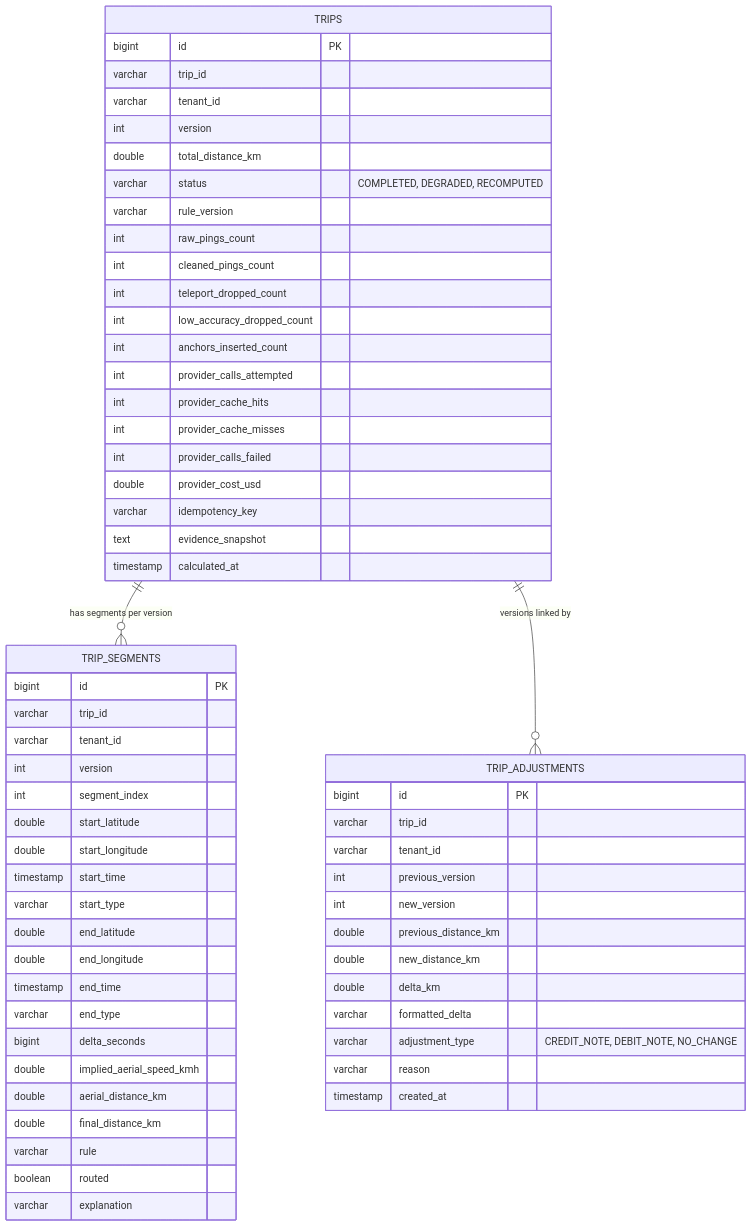
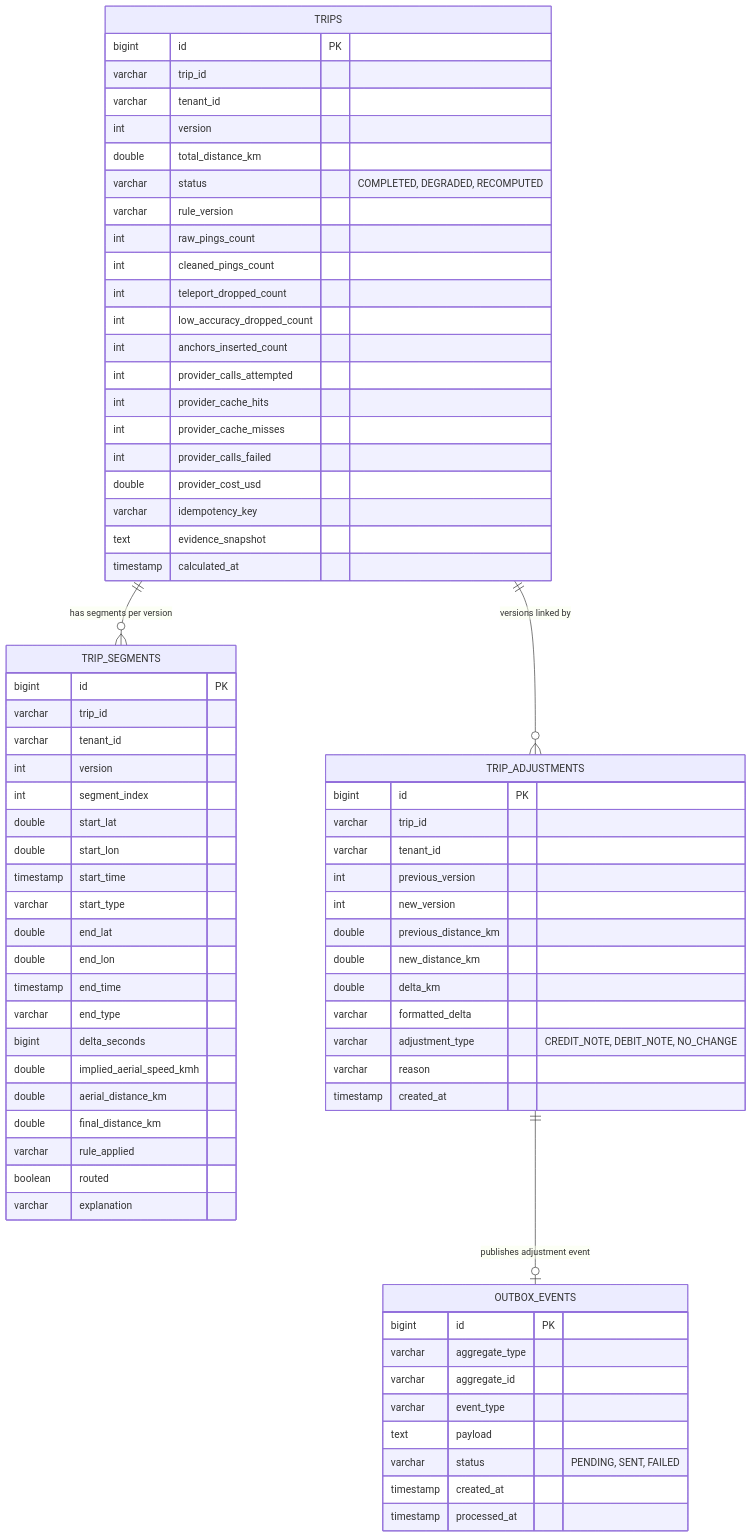
Before and after one commit to kamran-asif/GPS-Gap-Backfill-Billable-Distance-Reconstruction: the fifth of 6 diagrams in README.md, drawn with Mermaid. The commit also changed other lines of this file and 15 other files, not shown here.

Commit message:
docs: update README with Kafka, Redis, Flyway, JWT, and OSRM architectures

````diff
--- a/README.md
+++ b/README.md
@@ -336,66 +365,78 @@
 ```mermaid
 erDiagram
     TRIPS ||--o{ TRIP_SEGMENTS : "has segments per version"
     TRIPS ||--o{ TRIP_ADJUSTMENTS : "versions linked by"
+    TRIP_ADJUSTMENTS ||--o| OUTBOX_EVENTS : "publishes adjustment event"
 
     TRIPS {
         bigint id PK
         varchar trip_id
         varchar tenant_id
         int version
         double total_distance_km
         varchar status "COMPLETED, DEGRADED, RECOMPUTED"
         varchar rule_version
         int raw_pings_count
         int cleaned_pings_count
         int teleport_dropped_count
         int low_accuracy_dropped_count
         int anchors_inserted_count
         int provider_calls_attempted
         int provider_cache_hits
         int provider_cache_misses
         int provider_calls_failed
         double provider_cost_usd
         varchar idempotency_key
         text evidence_snapshot
         timestamp calculated_at
     }
 
     TRIP_SEGMENTS {
         bigint id PK
         varchar trip_id
         varchar tenant_id
         int version
         int segment_index
-        double start_latitude
-        double start_longitude
+        double start_lat
+        double start_lon
         timestamp start_time
         varchar start_type
-        double end_latitude
-        double end_longitude
+        double end_lat
+        double end_lon
         timestamp end_time
         varchar end_type
         bigint delta_seconds
         double implied_aerial_speed_kmh
         double aerial_distance_km
         double final_distance_km
-        varchar rule
+        varchar rule_applied
         boolean routed
         varchar explanation
     }
 
     TRIP_ADJUSTMENTS {
         bigint id PK
         varchar trip_id
         varchar tenant_id
         int previous_version
         int new_version
         double previous_distance_km
         double new_distance_km
         double delta_km
         varchar formatted_delta
         varchar adjustment_type "CREDIT_NOTE, DEBIT_NOTE, NO_CHANGE"
         varchar reason
         timestamp created_at
     }
+
+    OUTBOX_EVENTS {
+        bigint id PK
+        varchar aggregate_type
+        varchar aggregate_id
+        varchar event_type
+        text payload
+        varchar status "PENDING, SENT, FAILED"
+        timestamp created_at
+        timestamp processed_at
+    }
 ```
````
